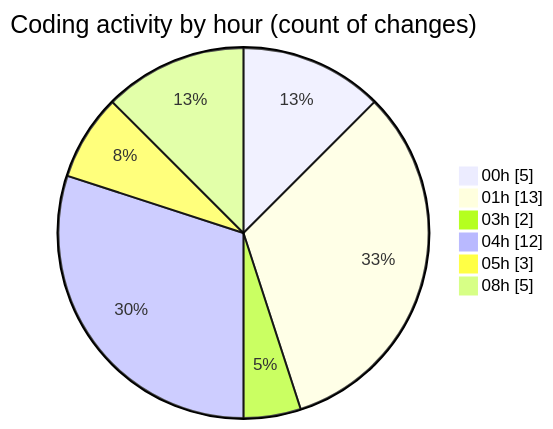
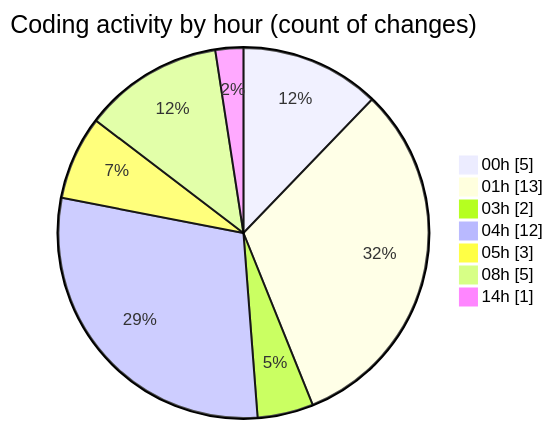
Before and after one commit to jadenblack/code-tracking: the second of 2 diagrams in 2026-02-27/shadcn-admin-kit-main__workspace_/README.md, drawn with Mermaid. The commit also changed other lines of this file and 1 other file, not shown here.

````diff
--- a/2026-02-27/shadcn-admin-kit-main__workspace_/README.md
+++ b/2026-02-27/shadcn-admin-kit-main__workspace_/README.md
@@ -42,10 +42,11 @@
 ```mermaid
 pie showData
 title Coding activity by hour (count of changes)
 "00h" : 5
 "01h" : 13
 "03h" : 2
 "04h" : 12
 "05h" : 3
 "08h" : 5
+"14h" : 1
 ```
````
